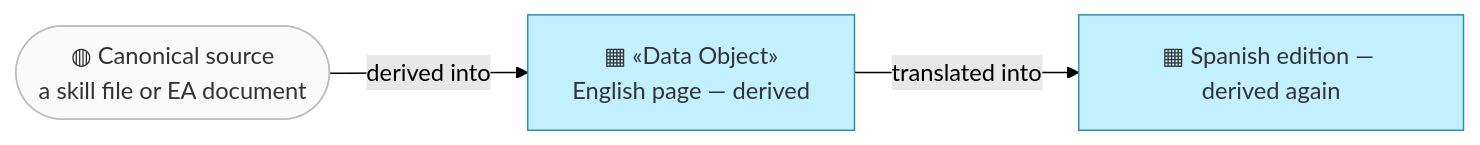
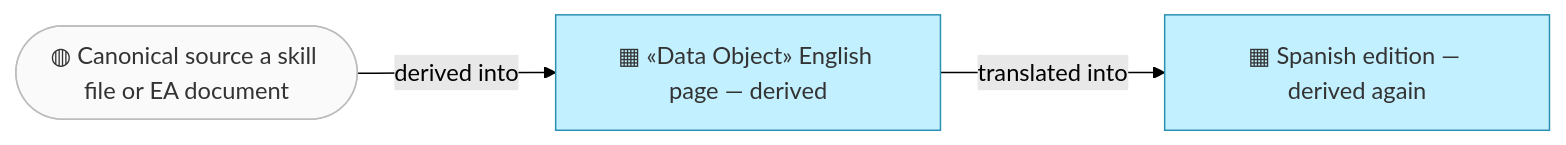
The first of 2 diagrams in product-archreator/site/architecture/3_information/1_data-objects.md (roanboc/architecture-archreator), drawn with Mermaid (forest theme) before and after one commit. The commit also changed other lines of this file and 38 other files, not shown here.

````diff
--- a/product-archreator/site/architecture/3_information/1_data-objects.md
+++ b/product-archreator/site/architecture/3_information/1_data-objects.md
@@ -9,12 +9,12 @@
 ```mermaid
 flowchart LR
-  src(["◍ Canonical source<br>a skill file or EA document"]):::note
-  en["▦ «Data Object»<br>English page — derived"]:::data
+  src(["◍ Canonical source a skill file or EA document"]):::note
+  en["▦ «Data Object» English page — derived"]:::data
   es["▦ Spanish edition — derived again"]:::data
 
   src -->|derived into| en
   en -->|translated into| es
 
   classDef data fill:#c2f0ff,stroke:#2a8fb0,color:#333
   classDef note fill:#fafafa,stroke:#bdbdbd,color:#333
 ```
````
